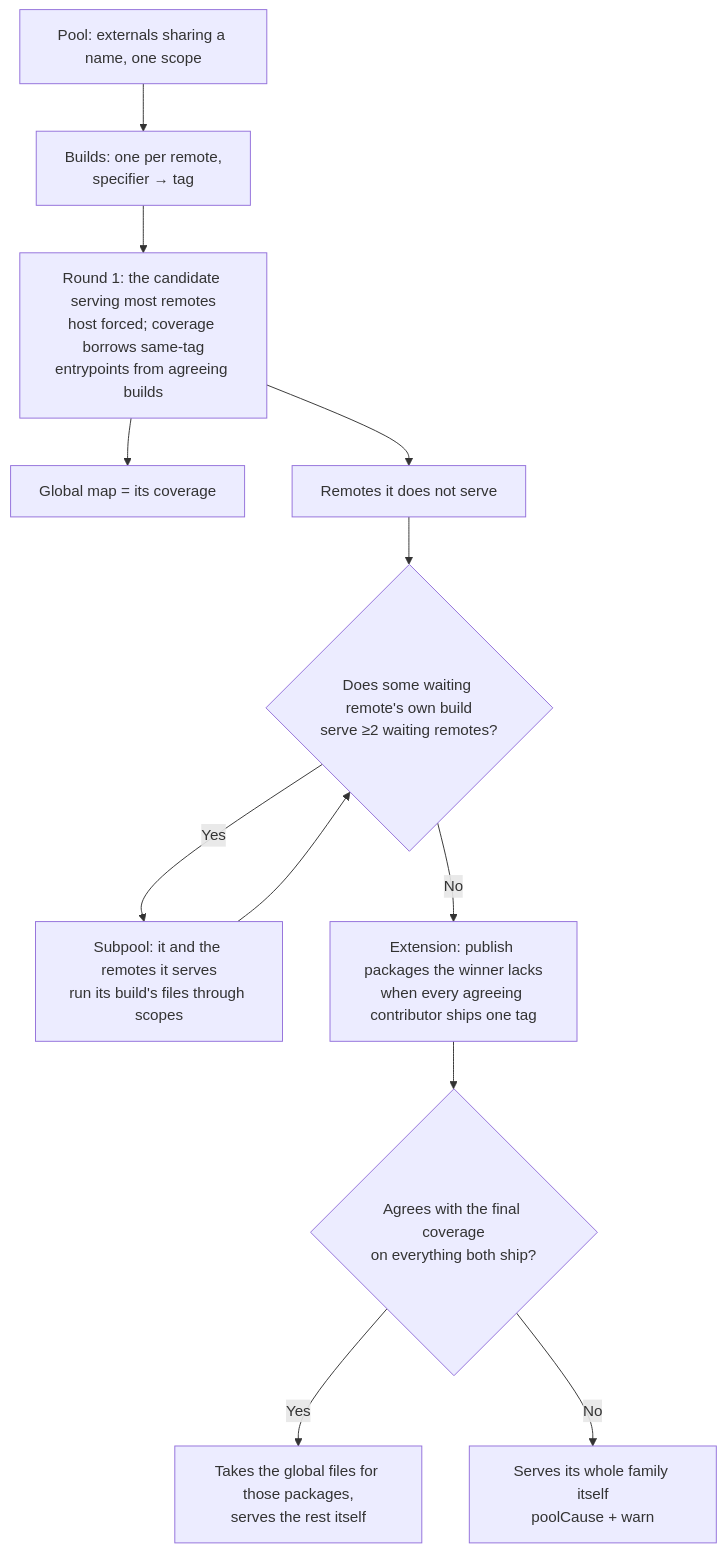
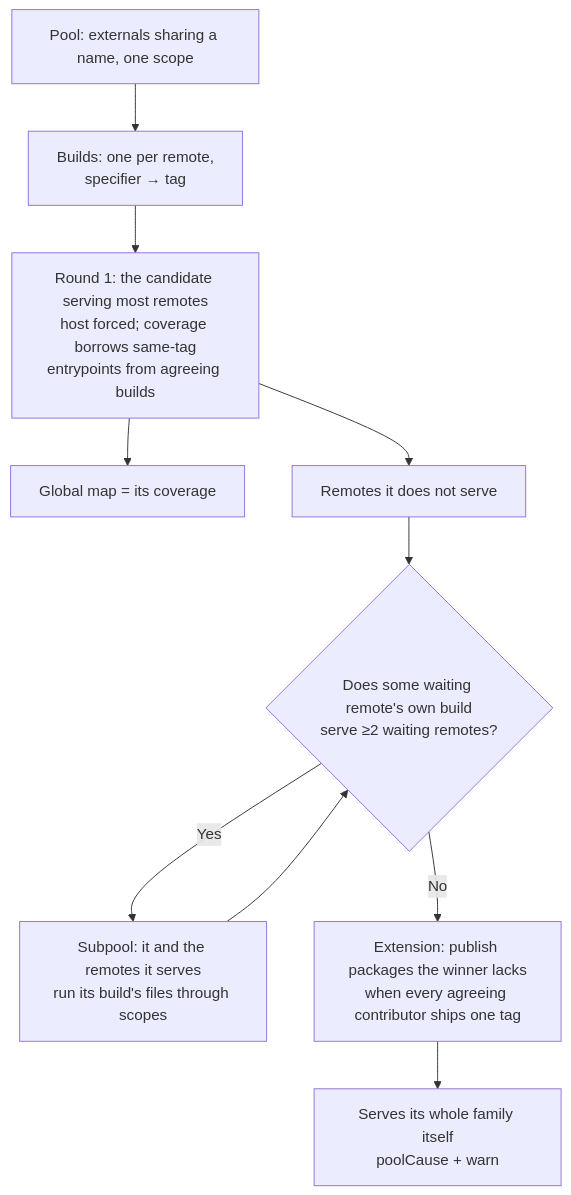
Before and after one commit to native-federation/orchestrator: the sixth of 11 diagrams in docs/version-resolver.md, drawn with Mermaid. The commit also changed other lines of this file and 4 other files, not shown here.

````diff
--- a/docs/version-resolver.md
+++ b/docs/version-resolver.md
@@ -792,14 +787,12 @@
 ```mermaid
 flowchart TD
     A[Pool: externals sharing a name, one scope] --> B[Builds: one per remote,<br/>specifier → tag]
     B --> R1[Round 1: the candidate serving most remotes<br/>host forced; coverage borrows same-tag<br/>entrypoints from agreeing builds]
     R1 --> G[Global map = its coverage]
     R1 --> P[Remotes it does not serve]
     P --> R2{Does some waiting remote's own build<br/>serve ≥2 waiting remotes?}
     R2 -->|Yes| AN[Subpool: it and the remotes it serves<br/>run its build's files through scopes]
     AN --> R2
     R2 -->|No| EX[Extension: publish packages the winner lacks<br/>when every agreeing contributor ships one tag]
-    EX --> AG{Agrees with the final coverage<br/>on everything both ship?}
-    AG -->|Yes| T[Takes the global files for those packages,<br/>serves the rest itself]
-    AG -->|No| S[Serves its whole family itself<br/>poolCause + warn]
+    EX --> S[Serves its whole family itself<br/>poolCause + warn]
 ```
````
